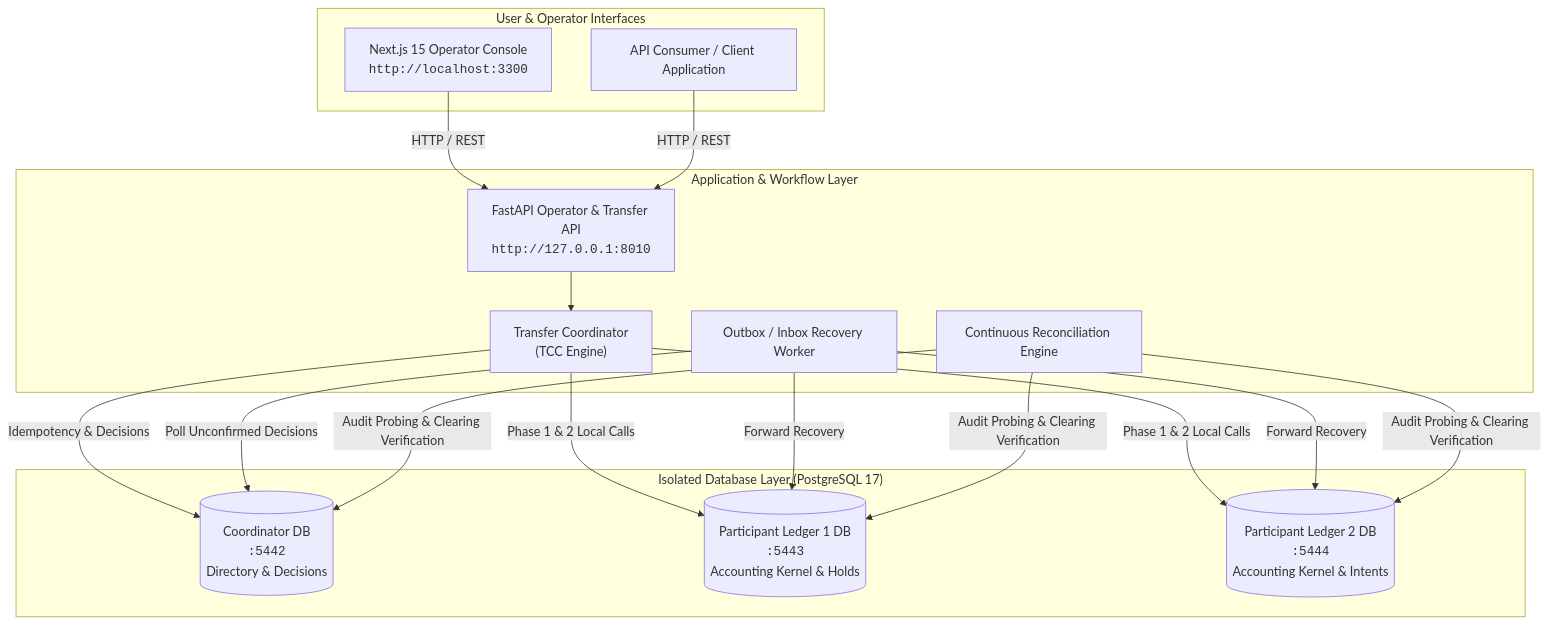
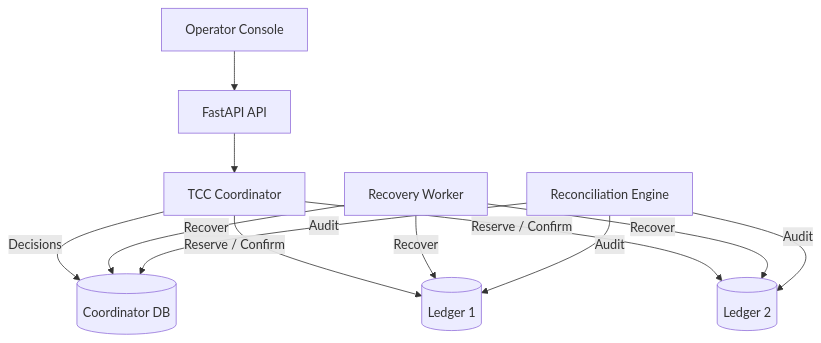
The first of 2 diagrams in README.md (simply-mihir/LedgerGuard), drawn with Mermaid before and after one commit. The commit also changed other lines of this file and 1 other file, not shown here.

Commit message:
docs: fix README rendering and TCC terminology

````diff
--- a/README.md
+++ b/README.md
@@ -88,35 +82,17 @@
 ```mermaid
-flowchart TD
-    subgraph Clients["User & Operator Interfaces"]
-        UI["Next.js 15 Operator Console<br/><code>http://localhost:3300</code>"]
-        API_Client["API Consumer / Client Application"]
-    end
+flowchart TB
+    UI["Operator Console"] --> API["FastAPI API"]
+    API --> TC["TCC Coordinator"]
 
-    subgraph Service["Application & Workflow Layer"]
-        API["FastAPI Operator & Transfer API<br/><code>http://127.0.0.1:8010</code>"]
-        TC["Transfer Coordinator<br/>(TCC Engine)"]
-        Worker["Outbox / Inbox Recovery Worker"]
-        Audit["Continuous Reconciliation Engine"]
-    end
+    TC -->|Decisions| CDB[("Coordinator DB")]
+    TC -->|Reserve / Confirm| L1[("Ledger 1")]
+    TC -->|Reserve / Confirm| L2[("Ledger 2")]
 
-    subgraph Storage["Isolated Database Layer (PostgreSQL 17)"]
-        CoordDB[("Coordinator DB<br/><code>:5442</code><br/>Directory & Decisions")]
-        Ledger1DB[("Participant Ledger 1 DB<br/><code>:5443</code><br/>Accounting Kernel & Holds")]
-        Ledger2DB[("Participant Ledger 2 DB<br/><code>:5444</code><br/>Accounting Kernel & Intents")]
-    end
+    Worker["Recovery Worker"] -->|Recover| CDB
+    Worker -->|Recover| L1
+    Worker -->|Recover| L2
 
-    UI -->|HTTP / REST| API
-    API_Client -->|HTTP / REST| API
-    API --> TC
-    TC -->|Idempotency & Decisions| CoordDB
-    TC -->|Phase 1 & 2 Local Calls| Ledger1DB
-    TC -->|Phase 1 & 2 Local Calls| Ledger2DB
-
-    Worker -->|Poll Unconfirmed Decisions| CoordDB
-    Worker -->|Forward Recovery| Ledger1DB
-    Worker -->|Forward Recovery| Ledger2DB
-
-    Audit -->|Audit Probing & Clearing Verification| CoordDB
-    Audit -->|Audit Probing & Clearing Verification| Ledger1DB
-    Audit -->|Audit Probing & Clearing Verification| Ledger2DB
+    Audit["Reconciliation Engine"] -->|Audit| CDB
+    Audit -->|Audit| L1
+    Audit -->|Audit| L2
 ```
````
